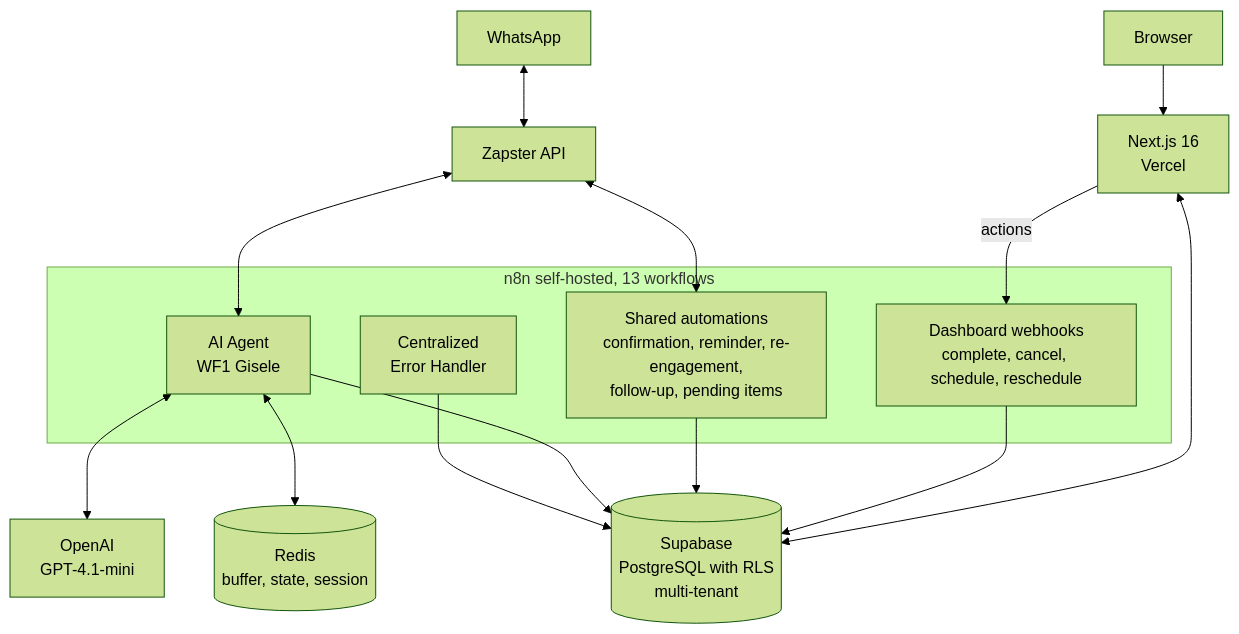
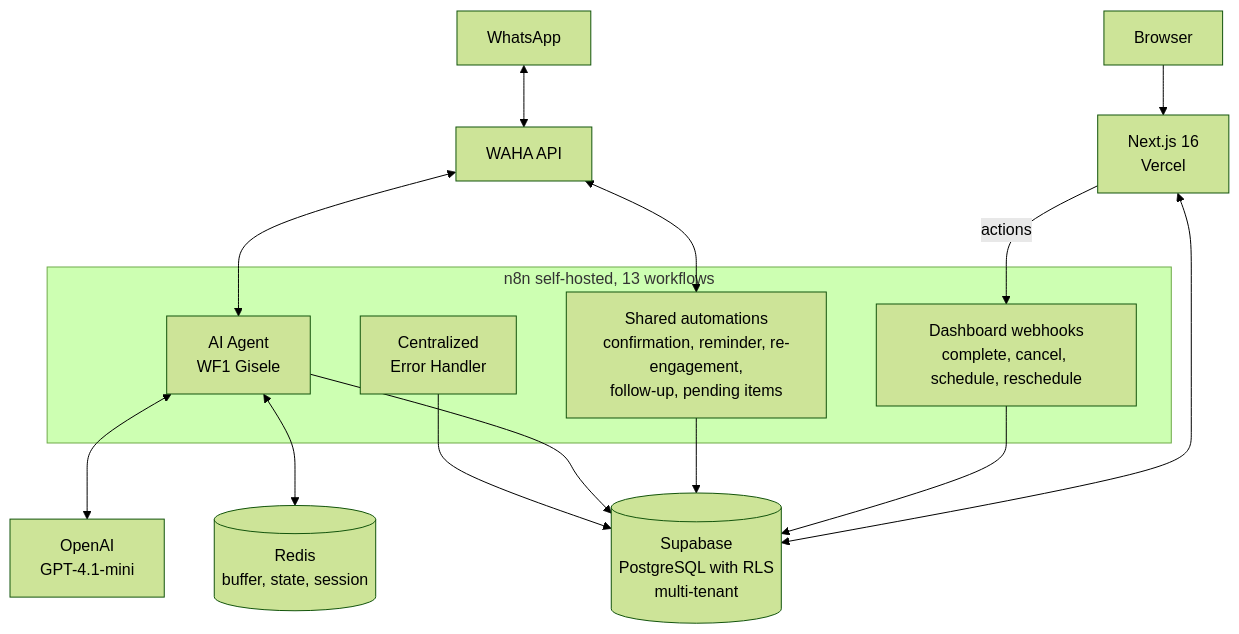
The diagram in README.md (Guilherme-Bosco/mns-control-showcase), drawn with Mermaid (forest theme) before and after one commit. The commit also changed other lines of this file, not shown here.

Commit message:
Replace Zapster API references with WAHA API

````diff
--- a/README.md
+++ b/README.md
@@ -82,32 +82,32 @@
 ```mermaid
 flowchart TB
     WA["WhatsApp"]
-    Zap["Zapster API"]
+    Zap["WAHA API"]
     GPT["OpenAI<br/>GPT-4.1-mini"]
     Redis[("Redis<br/>buffer, state, session")]
 
     subgraph n8n_layer["n8n self-hosted, 13 workflows"]
         Agent["AI Agent<br/>WF1 Gisele"]
         Auto["Shared automations<br/>confirmation, reminder, re-engagement,<br/>follow-up, pending items"]
         Webhooks["Dashboard webhooks<br/>complete, cancel, schedule, reschedule"]
         ErrHandler["Centralized<br/>Error Handler"]
     end
 
     Browser["Browser"]
     NextJS["Next.js 16<br/>Vercel"]
     Supabase[("Supabase<br/>PostgreSQL with RLS<br/>multi-tenant")]
 
     WA <--> Zap
     Zap <--> Agent
     Zap <--> Auto
     Agent <--> GPT
     Agent <--> Redis
 
     Browser --> NextJS
     NextJS <--> Supabase
     NextJS -->|actions| Webhooks
     Webhooks --> Supabase
     Auto --> Supabase
     Agent --> Supabase
     ErrHandler --> Supabase
 ```
````
